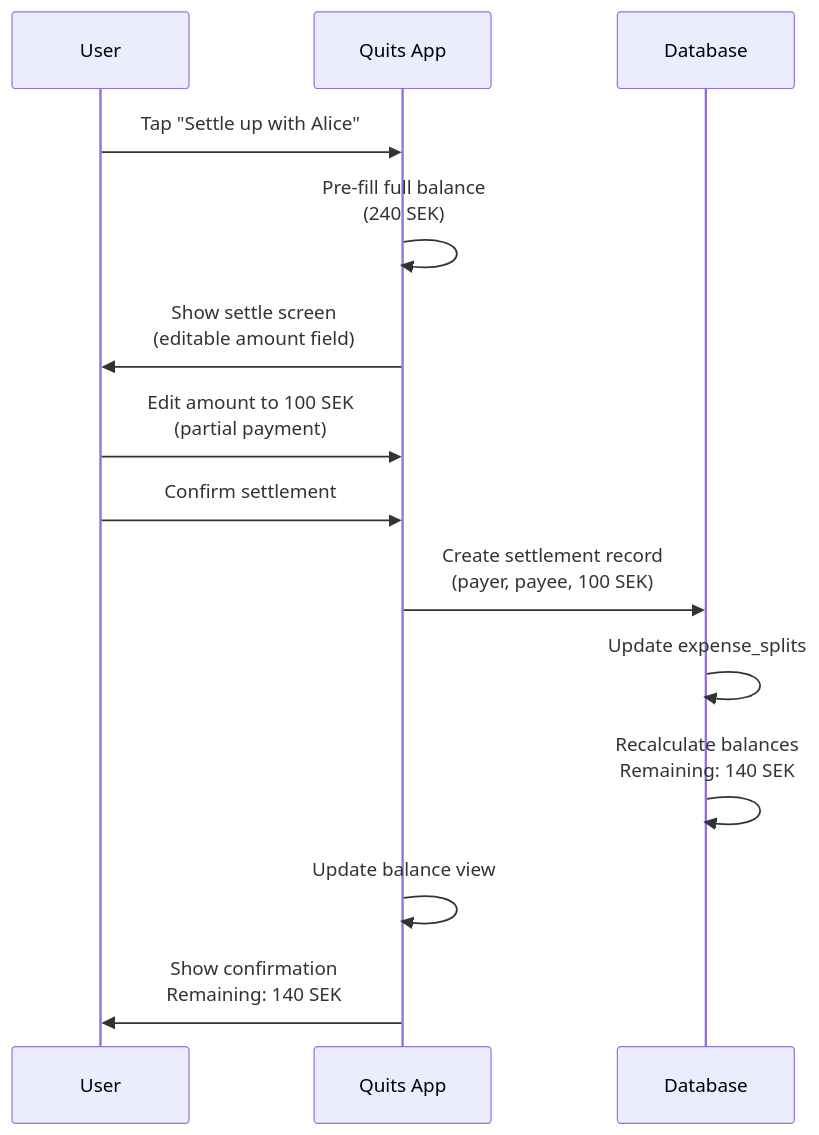
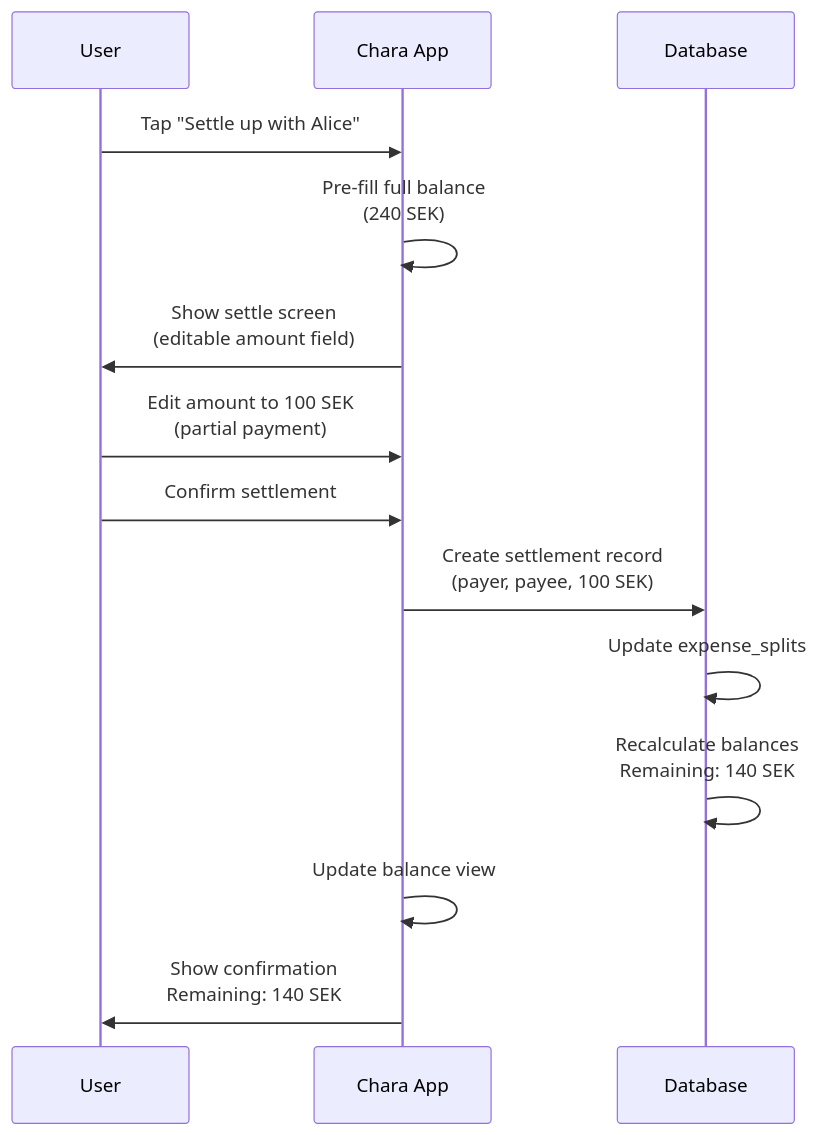
The sixth of 8 diagrams in docs/ux/07-balances-settle-up.md (DowLucas/chara), drawn with Mermaid before and after one commit. The commit also changed other lines of this file and 207 other files, not shown here.

````diff
--- a/docs/ux/07-balances-settle-up.md
+++ b/docs/ux/07-balances-settle-up.md
@@ -131,17 +131,17 @@
 ```mermaid
 sequenceDiagram
     participant User as User
-    participant App as Quits App
+    participant App as Chara App
     participant DB as Database
     
     User->>App: Tap "Settle up with Alice"
     App->>App: Pre-fill full balance<br/>(240 SEK)
     App->>User: Show settle screen<br/>(editable amount field)
     User->>App: Edit amount to 100 SEK<br/>(partial payment)
     User->>App: Confirm settlement
     App->>DB: Create settlement record<br/>(payer, payee, 100 SEK)
     DB->>DB: Update expense_splits
     DB->>DB: Recalculate balances<br/>Remaining: 140 SEK
     App->>App: Update balance view
     App->>User: Show confirmation<br/>Remaining: 140 SEK
 ```
````
